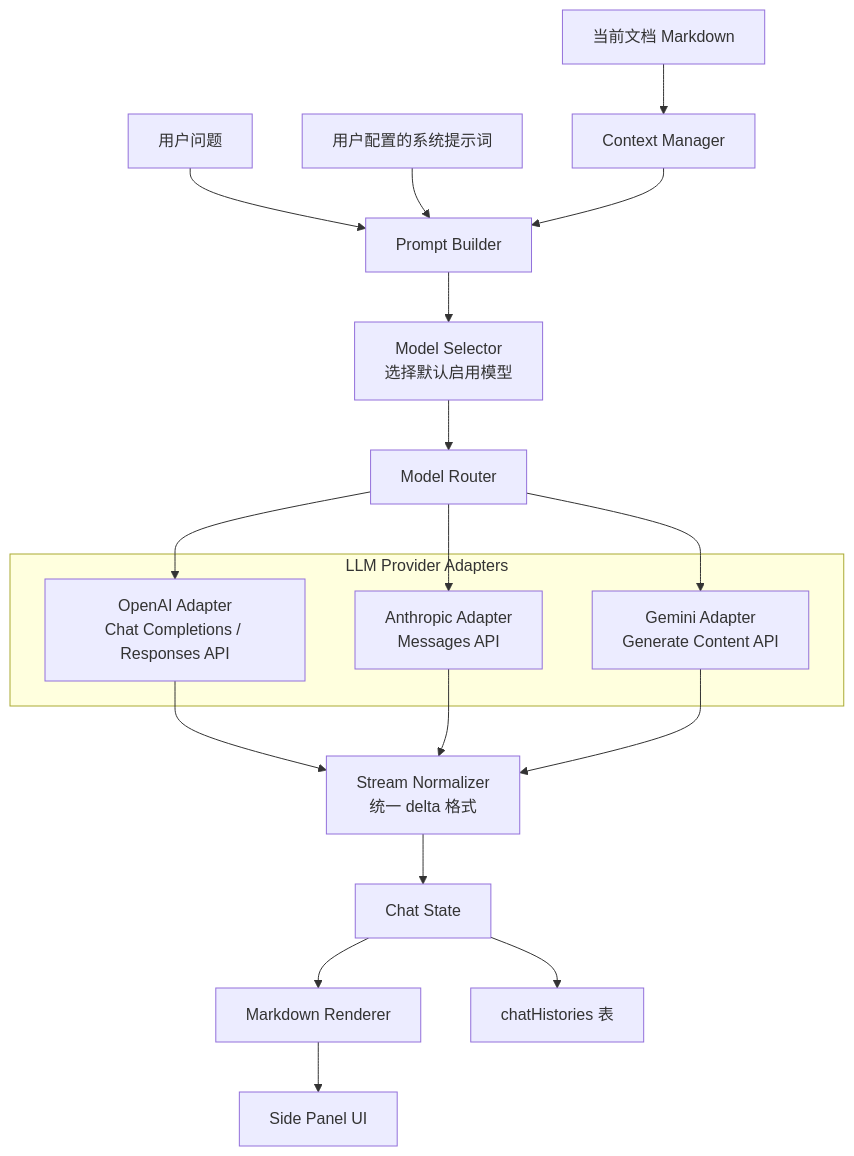
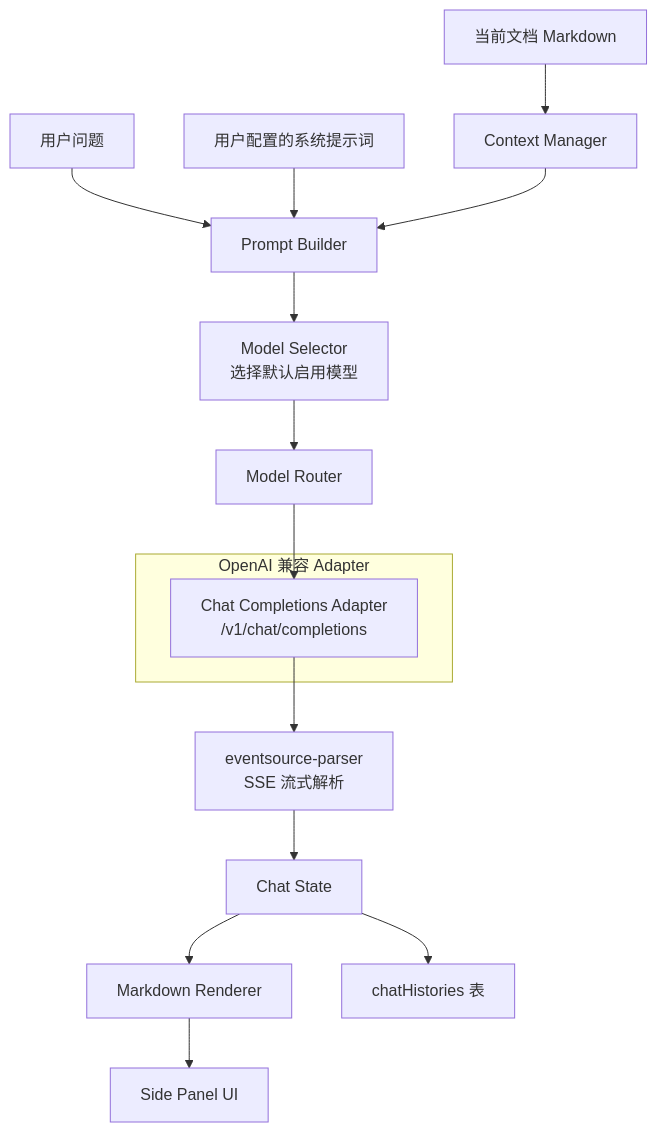
One commit to qqlcx5/ai-reader changed the fourth of 14 diagrams in doc/detail.md. Above: the diagram before and after it, drawn with Mermaid. The commit also changed other lines of this file and 10 other files, not shown here.

````diff
--- a/doc/detail.md
+++ b/doc/detail.md
@@ -222,31 +221,25 @@
 ```mermaid
 flowchart TB
   ChatInput[用户问题] --> PromptBuilder[Prompt Builder]
 
   CurrentDoc[当前文档 Markdown] --> ContextManager[Context Manager]
   SystemPrompt[用户配置的系统提示词] --> PromptBuilder
   ContextManager --> PromptBuilder
 
   PromptBuilder --> ModelSelector[Model Selector<br/>选择默认启用模型]
   ModelSelector --> ModelRouter[Model Router]
 
-  subgraph Adapters[LLM Provider Adapters]
-    OpenAIAdapter[OpenAI Adapter<br/>Chat Completions / Responses API]
-    AnthropicAdapter[Anthropic Adapter<br/>Messages API]
-    GeminiAdapter[Gemini Adapter<br/>Generate Content API]
+  subgraph Adapters[OpenAI 兼容 Adapter]
+    OpenAIAdapter[Chat Completions Adapter<br/>/v1/chat/completions]
   end
 
   ModelRouter --> OpenAIAdapter
-  ModelRouter --> AnthropicAdapter
-  ModelRouter --> GeminiAdapter
 
-  OpenAIAdapter --> StreamNormalizer[Stream Normalizer<br/>统一 delta 格式]
-  AnthropicAdapter --> StreamNormalizer
-  GeminiAdapter --> StreamNormalizer
+  OpenAIAdapter --> StreamParser[eventsource-parser<br/>SSE 流式解析]
 
-  StreamNormalizer --> ChatState[Chat State]
+  StreamParser --> ChatState[Chat State]
   ChatState --> MarkdownView[Markdown Renderer]
   MarkdownView --> SidePanel[Side Panel UI]
 
   ChatState --> ChatHistoryStore[chatHistories 表]
 ```
````
